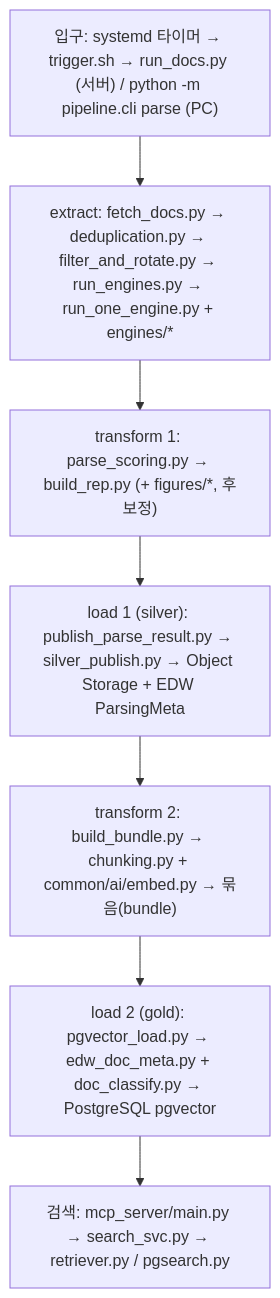
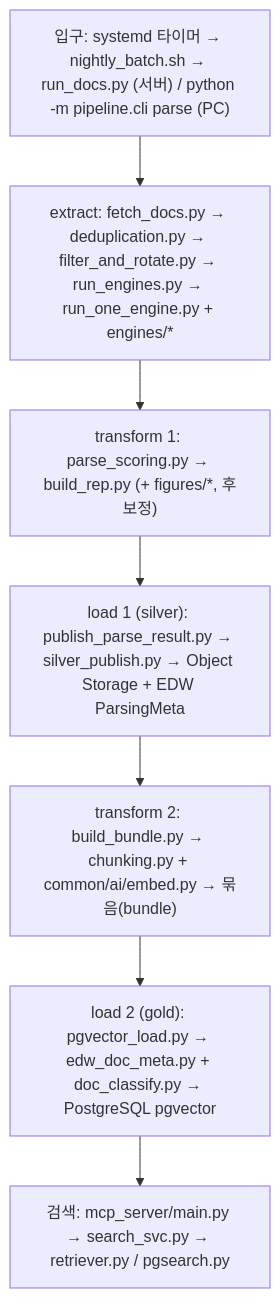
One commit to gigasamba/sbl_data_parsing changed the first of 11 diagrams in docs/architecture/parse_flow.md. Above: the diagram before and after it, drawn with Mermaid. The commit also changed other lines of this file and 52 other files, not shown here.

````diff
--- a/docs/architecture/parse_flow.md
+++ b/docs/architecture/parse_flow.md
@@ -13,11 +13,11 @@
 ```mermaid
 flowchart TD
-    A["입구: systemd 타이머 → trigger.sh → run_docs.py (서버) / python -m pipeline.cli parse (PC)"]
+    A["입구: systemd 타이머 → nightly_batch.sh → run_docs.py (서버) / python -m pipeline.cli parse (PC)"]
     B["extract: fetch_docs.py → deduplication.py → filter_and_rotate.py → run_engines.py → run_one_engine.py + engines/*"]
     C["transform 1: parse_scoring.py → build_rep.py (+ figures/*, 후보정)"]
     P["load 1 (silver): publish_parse_result.py → silver_publish.py → Object Storage + EDW ParsingMeta"]
     D["transform 2: build_bundle.py → chunking.py + common/ai/embed.py → 묶음(bundle)"]
     E["load 2 (gold): pgvector_load.py → edw_doc_meta.py + doc_classify.py → PostgreSQL pgvector"]
     F["검색: mcp_server/main.py → search_svc.py → retriever.py / pgsearch.py"]
     A --> B --> C --> P --> D --> E --> F
 ```
````
